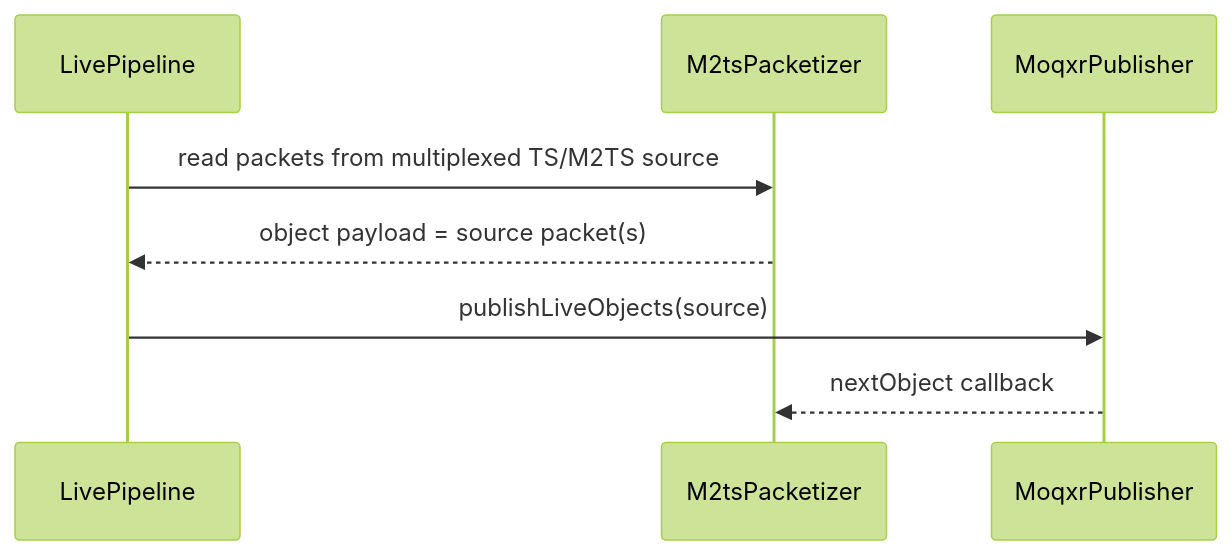
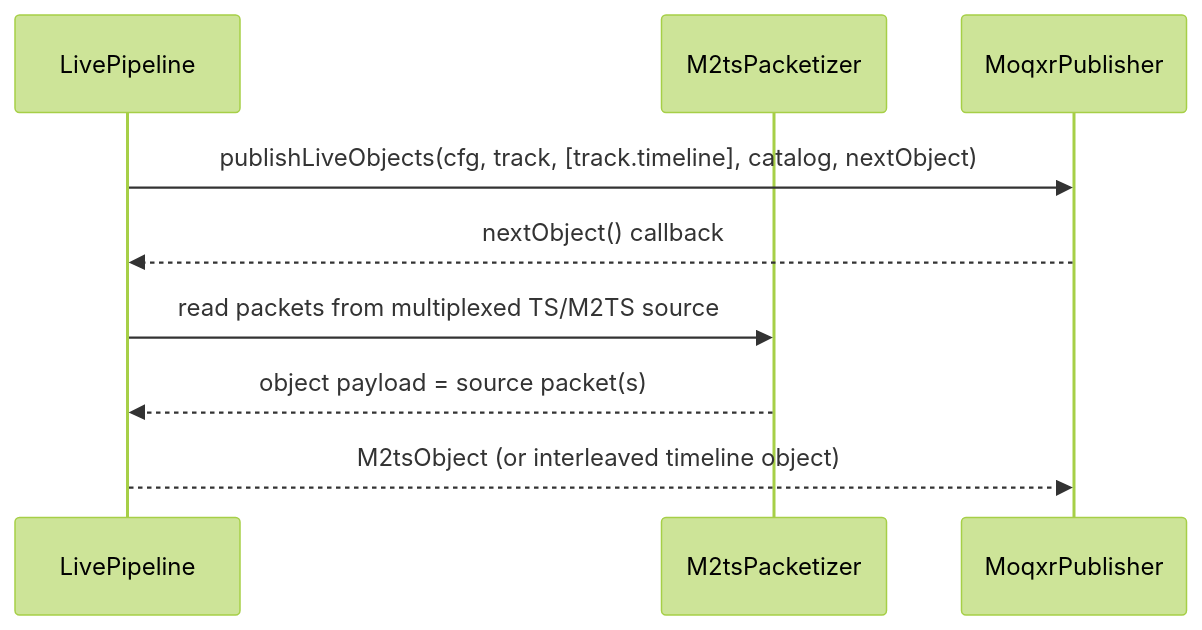
One commit to mondain/moq2ts changed the fifth of 6 diagrams in docs/sequence-diagrams.md. Above: the diagram before and after it, drawn with Mermaid (forest theme). The commit also changed other lines of this file and 1 other file, not shown here.

First line of the commit message:
Refresh DEVELOPER docs and sequence diagrams for current catalog/timeline

````diff
--- a/docs/sequence-diagrams.md
+++ b/docs/sequence-diagrams.md
@@ -91,11 +94,12 @@
 ```mermaid
 sequenceDiagram
     participant Pipe as LivePipeline
     participant Pkt as M2tsPacketizer
     participant Pub as MoqxrPublisher
 
+    Pipe->>Pub: publishLiveObjects(cfg, track, [track.timeline], catalog, nextObject)
+    Pub-->>Pipe: nextObject() callback
     Pipe->>Pkt: read packets from multiplexed TS/M2TS source
     Pkt-->>Pipe: object payload = source packet(s)
-    Pipe->>Pub: publishLiveObjects(source)
-    Pub-->>Pkt: nextObject callback
+    Pipe-->>Pub: M2tsObject (or interleaved timeline object)
 ```
````
